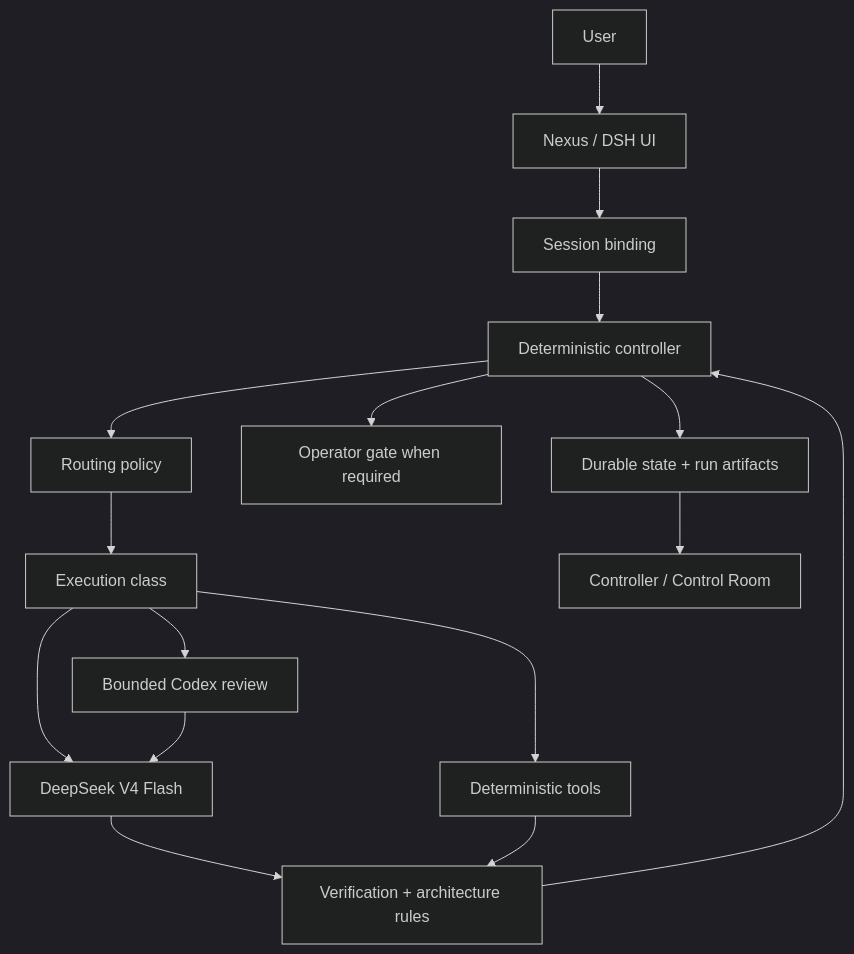
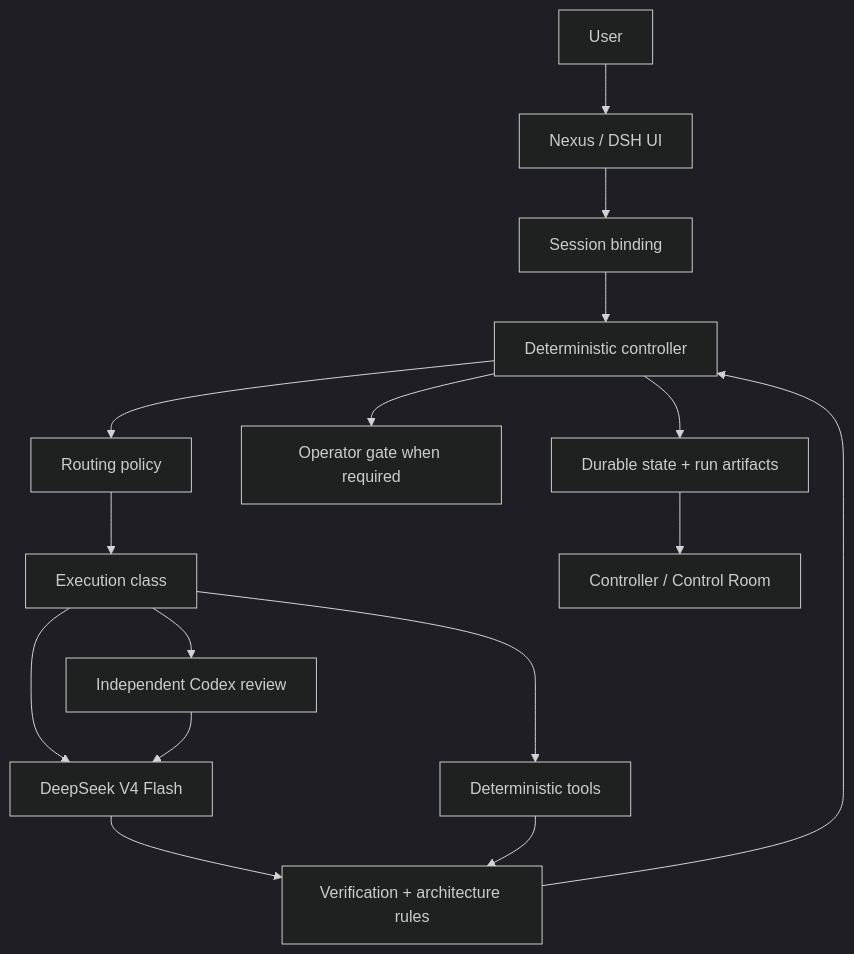
Before and after one commit to Kaloyan3D/Nexus: the diagram in docs/architecture/overview.md, drawn with Mermaid (dark theme). The commit also changed other lines of this file and 61 other files, not shown here.

````diff
--- a/docs/architecture/overview.md
+++ b/docs/architecture/overview.md
@@ -13,18 +13,18 @@
 ```mermaid
 flowchart TD
     U[User] --> UI[Nexus / DSH UI]
     UI --> B[Session binding]
     B --> C[Deterministic controller]
     C --> R[Routing policy]
     R --> X[Execution class]
     X --> DS[DeepSeek V4 Flash]
     X --> DET[Deterministic tools]
-    X --> CX[Bounded Codex review]
+    X --> CX[Independent Codex review]
     DS --> V[Verification + architecture rules]
     DET --> V
     CX --> DS
     V --> C
     C --> G[Operator gate when required]
     C --> ST[Durable state + run artifacts]
     ST --> CR[Controller / Control Room]
 ```
````
